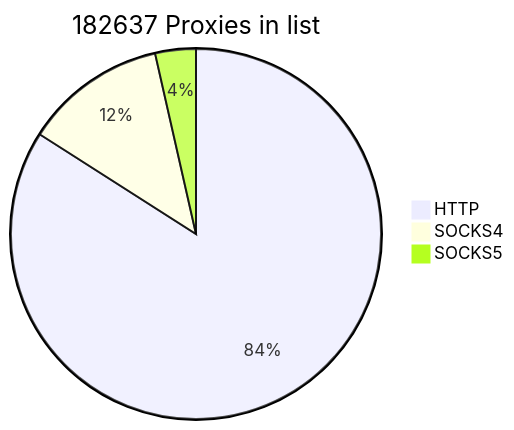
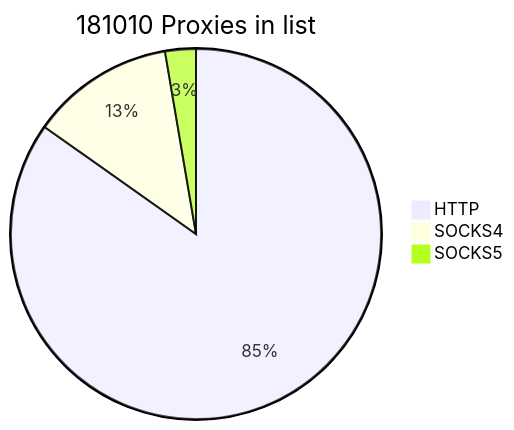
One commit to cutipu/proxylist changed the first of 2 diagrams in README.md. Above: the diagram before and after it, drawn with Mermaid. The commit also changed other lines of this file, not shown here.

````diff
--- a/README.md
+++ b/README.md
@@ -2,7 +2,7 @@
 ```mermaid
-pie title 182637 Proxies in list
-    "HTTP" : 153482
-    "SOCKS4" : 22673
-    "SOCKS5" : 6482
+pie title 181010 Proxies in list
+    "HTTP" : 153484
+    "SOCKS4" : 22670
+    "SOCKS5" : 4856
             
 ```
````
